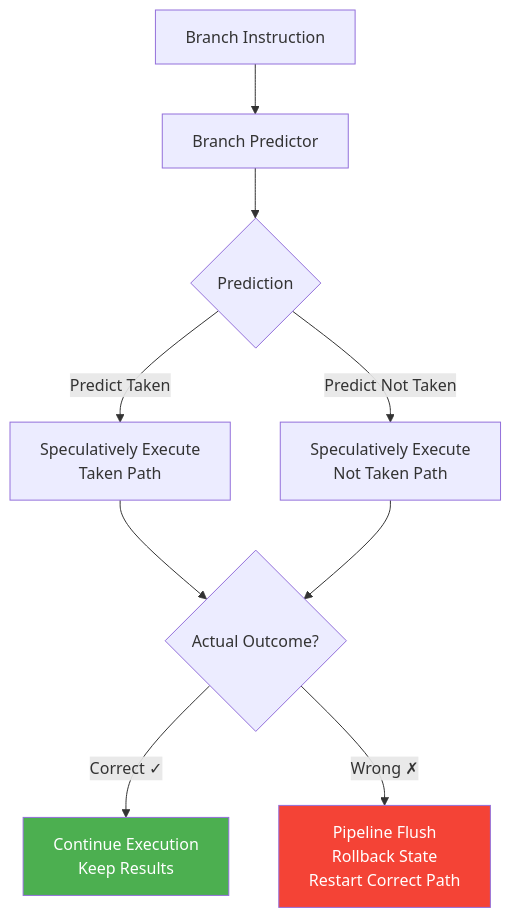
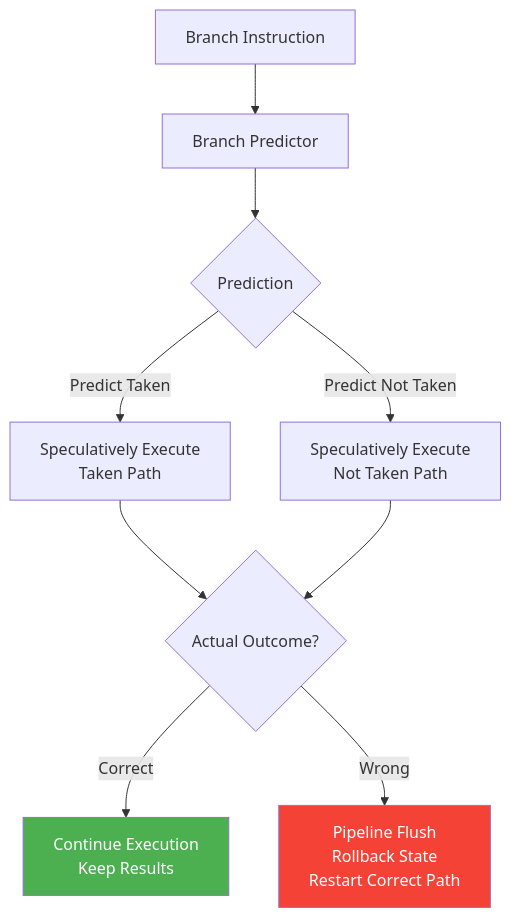
Before and after one commit to PanagopoulosNikolaos/DitOpenNotes: the ninth of 16 diagrams in Year_2/Semester_3/COMPUTER_ARCHITECTURE/Lectures/Processor-Design-Smart-Notes-8.md, drawn with Mermaid. The commit also changed other lines of this file and 24 other files, not shown here.

````diff
--- a/Year_2/Semester_3/COMPUTER_ARCHITECTURE/Lectures/Processor-Design-Smart-Notes-8.md
+++ b/Year_2/Semester_3/COMPUTER_ARCHITECTURE/Lectures/Processor-Design-Smart-Notes-8.md
@@ -406,16 +406,16 @@
 ```mermaid
 flowchart TD
     A[Branch Instruction] --> B[Branch Predictor]
     B --> C{Prediction}
     C -->|Predict Taken| D[Speculatively Execute<br/>Taken Path]
     C -->|Predict Not Taken| E[Speculatively Execute<br/>Not Taken Path]
     
     D --> F{Actual Outcome?}
     E --> F
     
-    F -->|Correct ✓| G[Continue Execution<br/>Keep Results]
-    F -->|Wrong ✗| H[Pipeline Flush<br/>Rollback State<br/>Restart Correct Path]
+    F -->|Correct | G[Continue Execution<br/>Keep Results]
+    F -->|Wrong | H[Pipeline Flush<br/>Rollback State<br/>Restart Correct Path]
     
     style G fill:#4caf50,color:#fff
     style H fill:#f44336,color:#fff
 ```
````
